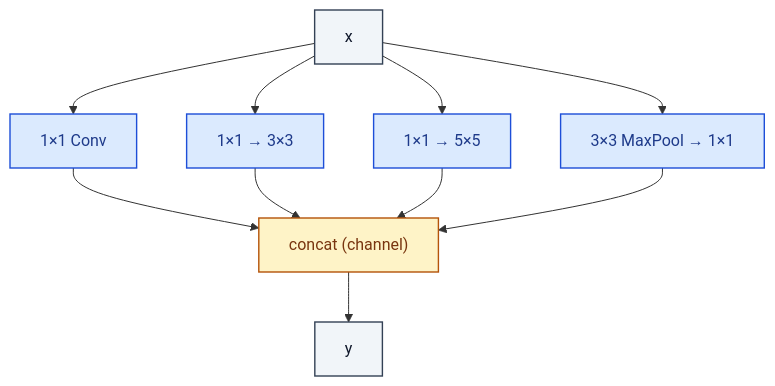
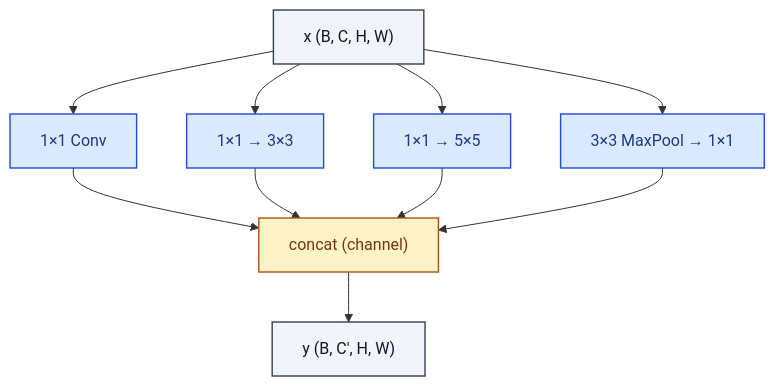
The diagram in cnn_vision/InceptionBlock.md (RealityShifts/Srivastava-book-of-Blocks-diagrams), drawn with Mermaid before and after one commit. The commit also changed 123 other files, not shown here.

````diff
--- a/cnn_vision/InceptionBlock.md
+++ b/cnn_vision/InceptionBlock.md
@@ -7,28 +7,29 @@
 ```mermaid
 flowchart TD
-    n0_0["x"]:::io
+    n0_0["x  (B, C, H, W)"]:::io
     n1_0["1×1 Conv"]:::op
     n1_1["1×1 → 3×3"]:::op
     n1_2["1×1 → 5×5"]:::op
     n1_3["3×3 MaxPool → 1×1"]:::op
     n2_0["concat (channel)"]:::merge
-    n3_0["y"]:::io
+    n3_0["y  (B, C', H, W)"]:::io
     n0_0 --> n1_0
     n0_0 --> n1_1
     n0_0 --> n1_2
     n0_0 --> n1_3
     n1_0 --> n2_0
     n1_1 --> n2_0
     n1_2 --> n2_0
     n1_3 --> n2_0
     n2_0 --> n3_0
     classDef io fill:#f1f5f9,stroke:#334155,stroke-width:1.4px,color:#0f172a
     classDef op fill:#dbeafe,stroke:#1d4ed8,stroke-width:1.4px,color:#1e3a8a
     classDef norm fill:#dcfce7,stroke:#15803d,stroke-width:1.4px,color:#14532d
     classDef act fill:#ffedd5,stroke:#c2410c,stroke-width:1.4px,color:#7c2d12
     classDef attn fill:#ede9fe,stroke:#6d28d9,stroke-width:1.4px,color:#4c1d95
     classDef merge fill:#fef3c7,stroke:#b45309,stroke-width:1.4px,color:#78350f
     classDef emb fill:#fef9c3,stroke:#a16207,stroke-width:1.4px,color:#713f12
     classDef loss fill:#fee2e2,stroke:#b91c1c,stroke-width:1.4px,color:#7f1d1d
     classDef ctrl fill:#f5f5f4,stroke:#52525b,stroke-width:1.4px,color:#27272a
+    classDef ref fill:#e0f2fe,stroke:#0369a1,stroke-width:2px,color:#0c4a6e,stroke-dasharray: 4 2
 ```
````
